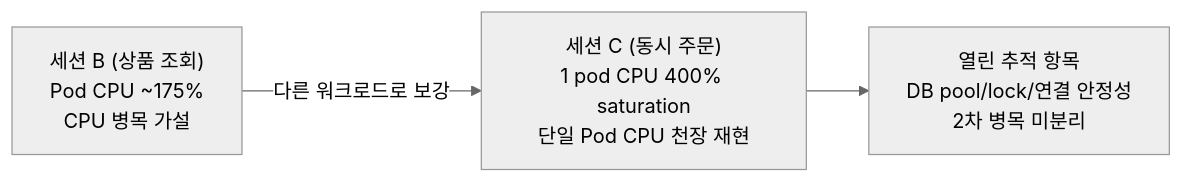
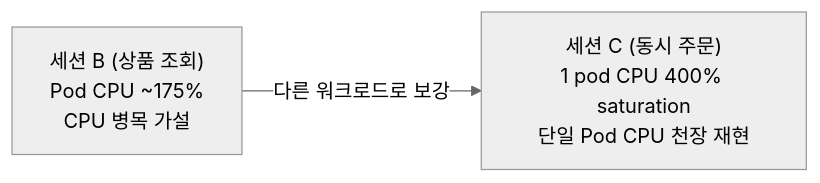
One commit to Kimgyuilli/blog changed the second of 2 diagrams in src/content/blog/peekcart-16-cache-effect-measurement.md. Above: the diagram before and after it, drawn with Mermaid (neutral theme). The commit also changed other lines of this file and 16 other files, not shown here.

````diff
--- a/src/content/blog/peekcart-16-cache-effect-measurement.md
+++ b/src/content/blog/peekcart-16-cache-effect-measurement.md
@@ -359,5 +340,4 @@
 ```mermaid  
 flowchart LR  
     B["세션 B (상품 조회)<br/>Pod CPU ~175%<br/>CPU 병목 가설"] -->|"다른 워크로드로 보강"| C["세션 C (동시 주문)<br/>1 pod CPU 400% saturation<br/>단일 Pod CPU 천장 재현"]  
-    C --> D["열린 추적 항목<br/>DB pool/lock/연결 안정성<br/>2차 병목 미분리"]  
 ```  
````
